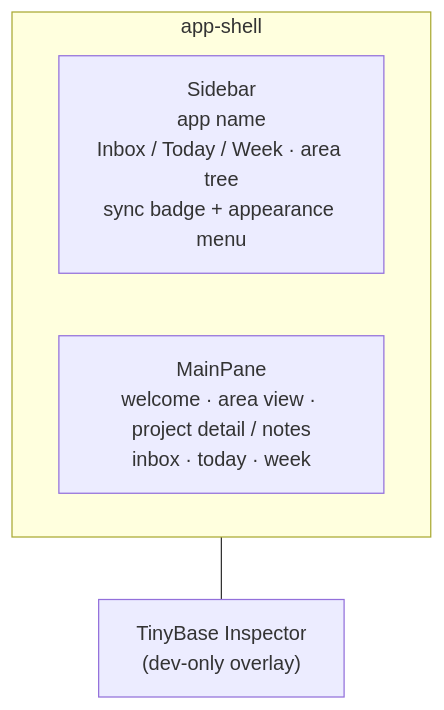
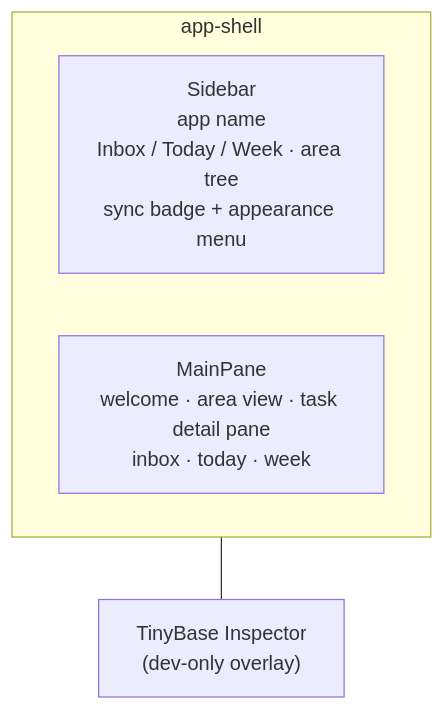
Before and after one commit to nibblebot/localaction: the diagram in docs/ux.md, drawn with Mermaid. The commit also changed other lines of this file and 111 other files, not shown here.

````diff
--- a/docs/ux.md
+++ b/docs/ux.md
@@ -13,10 +13,10 @@
 ```mermaid
 flowchart TB
   subgraph Shell["app-shell"]
     direction LR
     Side["Sidebar\napp name\nInbox / Today / Week · area tree\nsync badge + appearance menu"]
-    Main["MainPane\nwelcome · area view · project detail / notes\ninbox · today · week"]
+    Main["MainPane\nwelcome · area view · task detail pane\ninbox · today · week"]
   end
   Insp["TinyBase Inspector\n(dev-only overlay)"]
   Shell --- Insp
 ```
````
